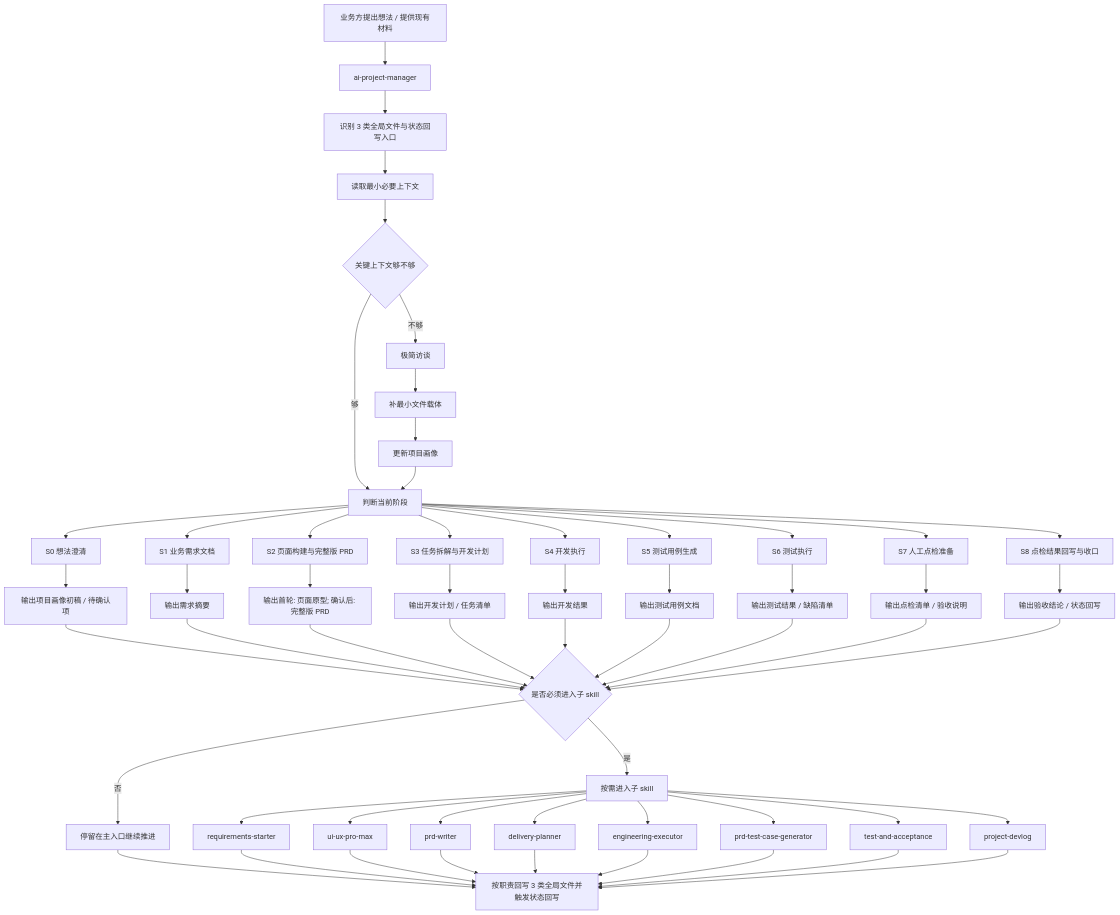
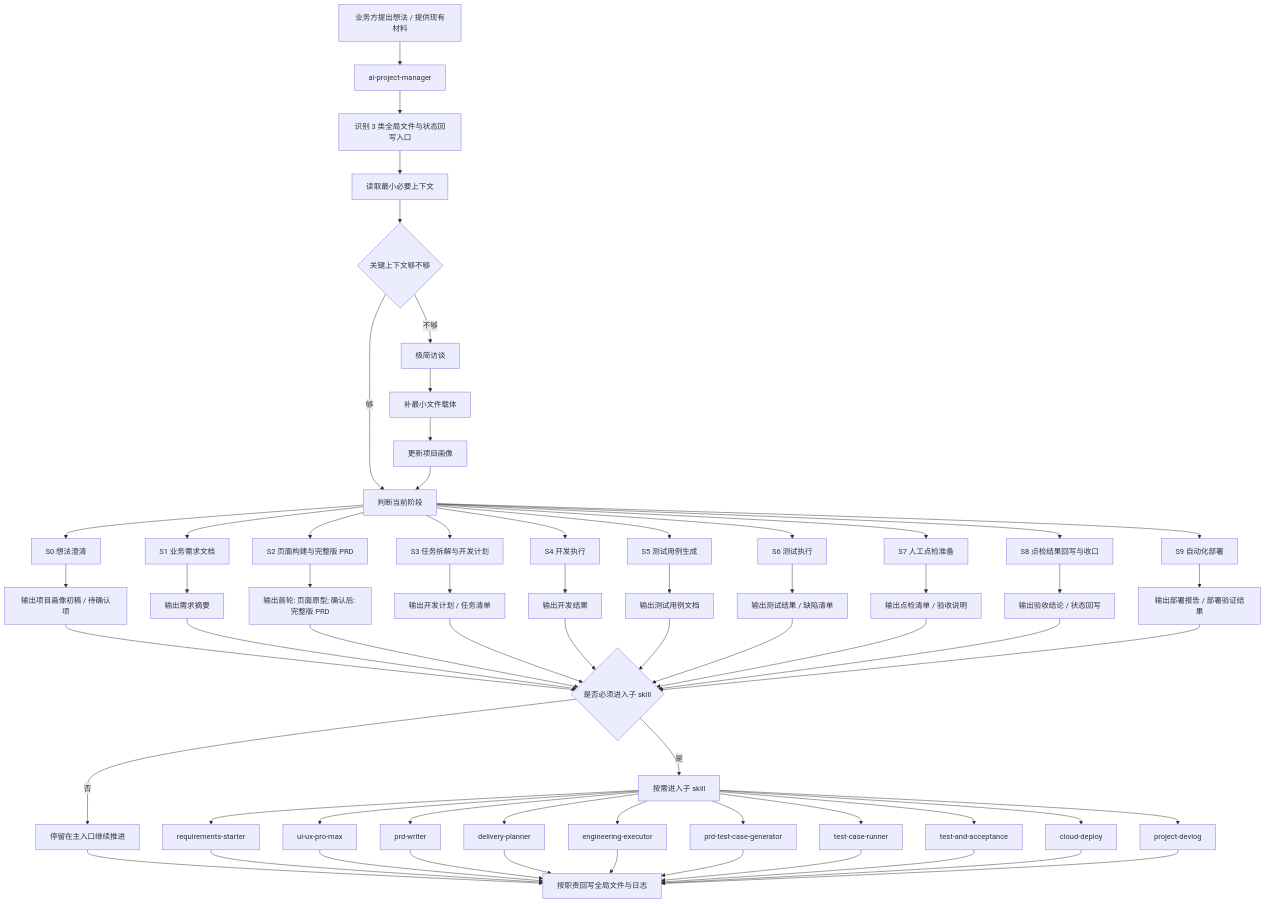
One commit to KeithChen51/SPACE-Coder changed the diagram in project-manager-suite/docs/design/project-progression-workflow.md. Above: the diagram before and after it, drawn with Mermaid. The commit also changed other lines of this file and 6 other files, not shown here.

````diff
--- a/project-manager-suite/docs/design/project-progression-workflow.md
+++ b/project-manager-suite/docs/design/project-progression-workflow.md
@@ -16,67 +16,74 @@
 ```mermaid
 flowchart TD
     U[业务方提出想法 / 提供现有材料] --> A[ai-project-manager]
 
     A --> B[识别 3 类全局文件与状态回写入口]
     B --> C[读取最小必要上下文]
     C --> D{关键上下文够不够}
 
     D -- 不够 --> E[极简访谈]
     E --> F[补最小文件载体]
     F --> G[更新项目画像]
 
     D -- 够 --> H[判断当前阶段]
     G --> H
 
     H --> S0[S0 想法澄清]
     H --> S1[S1 业务需求文档]
     H --> S2[S2 页面构建与完整版 PRD]
     H --> S3[S3 任务拆解与开发计划]
     H --> S4[S4 开发执行]
     H --> S5[S5 测试用例生成]
     H --> S6[S6 测试执行]
     H --> S7[S7 人工点检准备]
     H --> S8[S8 点检结果回写与收口]
+    H --> S9[S9 自动化部署]
 
     S0 --> O1[输出项目画像初稿 / 待确认项]
     S1 --> O2[输出需求摘要]
     S2 --> O3[输出首轮: 页面原型; 确认后: 完整版 PRD]
     S3 --> O4[输出开发计划 / 任务清单]
     S4 --> O5[输出开发结果]
     S5 --> O6[输出测试用例文档]
     S6 --> O7[输出测试结果 / 缺陷清单]
     S7 --> O8[输出点检清单 / 验收说明]
     S8 --> O9[输出验收结论 / 状态回写]
+    S9 --> O10[输出部署报告 / 部署验证结果]
 
     O1 --> R{是否必须进入子 skill}
     O2 --> R
     O3 --> R
     O4 --> R
     O5 --> R
     O6 --> R
     O7 --> R
     O8 --> R
     O9 --> R
+    O10 --> R
 
     R -- 否 --> W[停留在主入口继续推进]
     R -- 是 --> K[按需进入子 skill]
 
     K --> RS[requirements-starter]
     K --> UX[ui-ux-pro-max]
     K --> PW[prd-writer]
     K --> DP[delivery-planner]
     K --> EE[engineering-executor]
     K --> TC[prd-test-case-generator]
+    K --> TR[test-case-runner]
     K --> TA[test-and-acceptance]
+    K --> CD[cloud-deploy]
     K --> DL[project-devlog]
 
-    W --> X[按职责回写 3 类全局文件并触发状态回写]
+    W --> X[按职责回写全局文件与日志]
     RS --> X
     UX --> X
     PW --> X
     DP --> X
     EE --> X
     TC --> X
+    TR --> X
     TA --> X
+    CD --> X
     DL --> X
 ```
````
